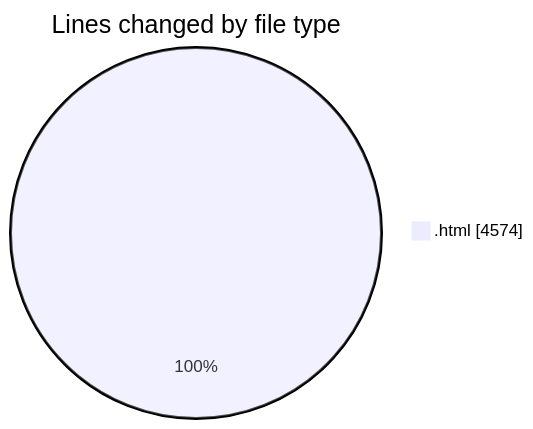
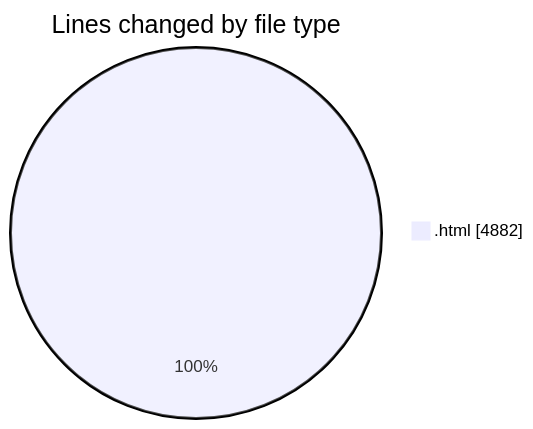
The first of 2 diagrams in 2025-08-09/nxtqube_webapp/README.md (nxtqubesakshisongat/code-tracking), drawn with Mermaid before and after one commit. The commit also changed other lines of this file and 1 other file, not shown here.

````diff
--- a/2025-08-09/nxtqube_webapp/README.md
+++ b/2025-08-09/nxtqube_webapp/README.md
@@ -21,5 +21,5 @@
 ```mermaid
 pie showData
 title Lines changed by file type
-".html" : 4574
+".html" : 4882
 ```
````
